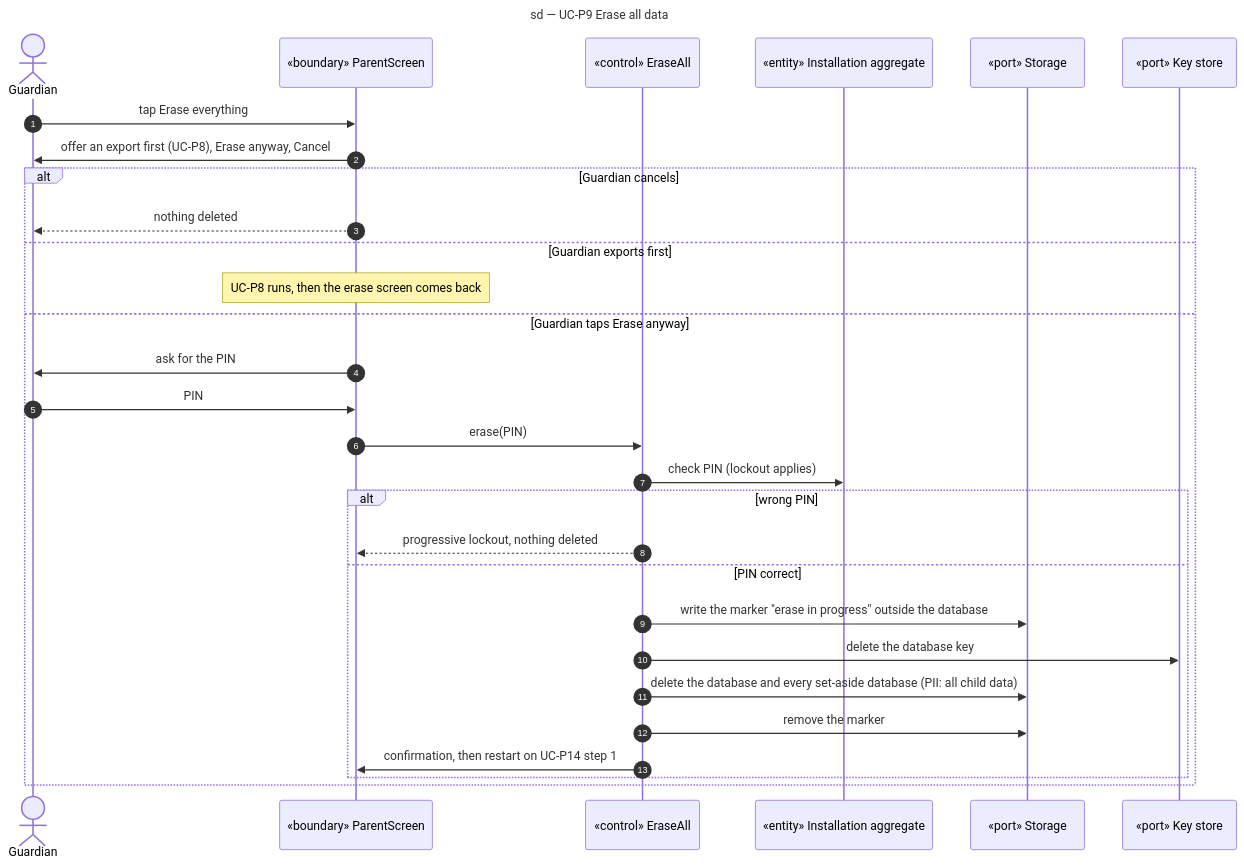
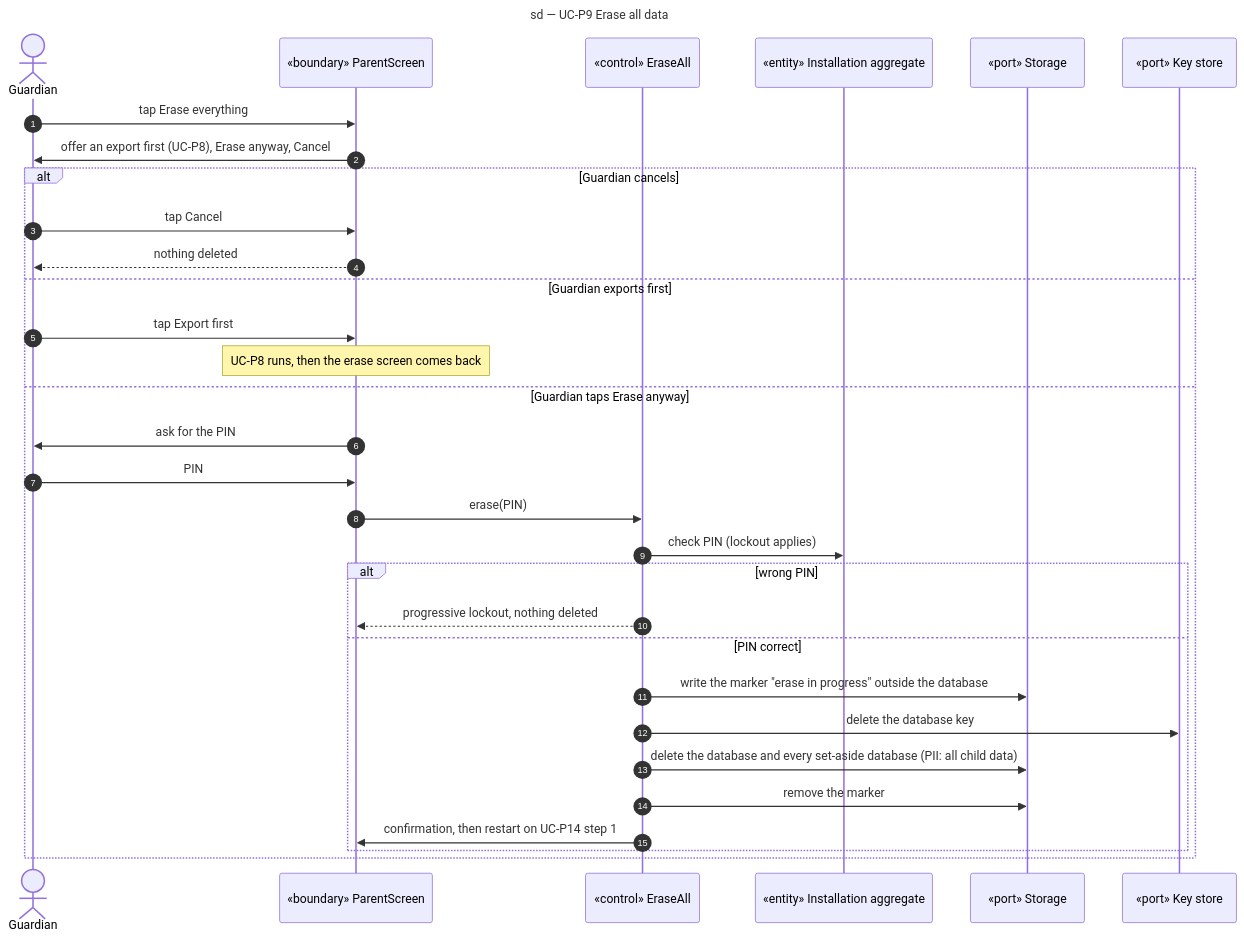
Before and after one commit to benoit-bremaud/learn-to-earn: the diagram in docs/architecture/diagrams/parent-space/02-sequence-erase.md, drawn with Mermaid. The commit also changed 29 other files, not shown here.

First line of the commit message:
docs(architecture): clear the design backlog after the story review

````diff
--- a/docs/architecture/diagrams/parent-space/02-sequence-erase.md
+++ b/docs/architecture/diagrams/parent-space/02-sequence-erase.md
@@ -16,33 +16,35 @@
 ```mermaid
 sequenceDiagram
   title sd — UC-P9 Erase all data
   autonumber
   actor Guardian
   participant PUI as «boundary» ParentScreen
   participant Ctl as «control» EraseAll
   participant Inst as «entity» Installation aggregate
   participant Store as «port» Storage
   participant Keys as «port» Key store
 
   Guardian->>PUI: tap Erase everything
   PUI->>Guardian: offer an export first (UC-P8), Erase anyway, Cancel
   alt Guardian cancels
+    Guardian->>PUI: tap Cancel
     PUI-->>Guardian: nothing deleted
   else Guardian exports first
+    Guardian->>PUI: tap Export first
     Note over PUI: UC-P8 runs, then the erase screen comes back
   else Guardian taps Erase anyway
     PUI->>Guardian: ask for the PIN
     Guardian->>PUI: PIN
     PUI->>Ctl: erase(PIN)
     Ctl->>Inst: check PIN (lockout applies)
     alt wrong PIN
       Ctl-->>PUI: progressive lockout, nothing deleted
     else PIN correct
       Ctl->>Store: write the marker "erase in progress" outside the database
       Ctl->>Keys: delete the database key
       Ctl->>Store: delete the database and every set-aside database (PII: all child data)
       Ctl->>Store: remove the marker
       Ctl->>PUI: confirmation, then restart on UC-P14 step 1
     end
   end
 ```
````
